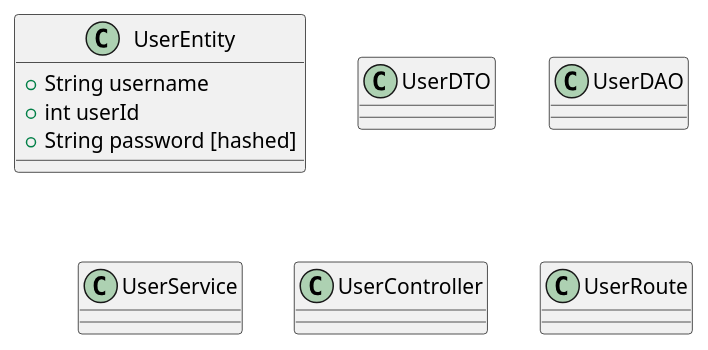
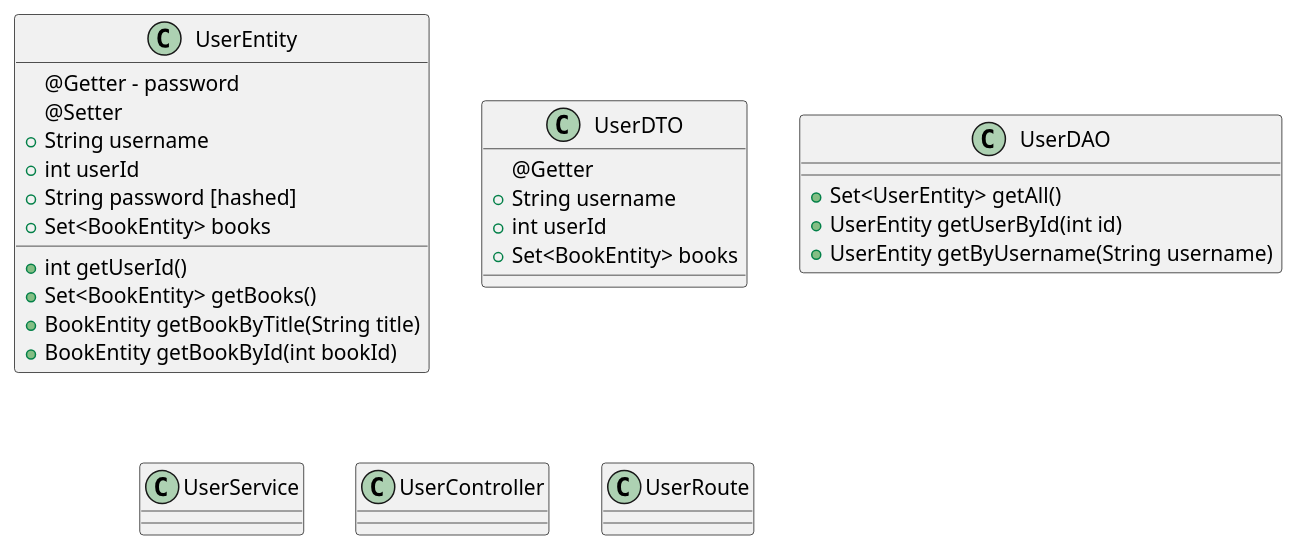
One commit to 73N37/BookAPI changed the diagram in src/main/java/T3N3T/Diagram/UserClass.puml. Above: the diagram before and after it, drawn with PlantUML.

Commit message:
Created UserDAO

```diff
--- a/src/main/java/T3N3T/Diagram/UserClass.puml
+++ b/src/main/java/T3N3T/Diagram/UserClass.puml
@@ -1,19 +1,39 @@
 @startuml
 'https://plantuml.com/sequence-diagram
 
 class UserEntity
 class UserDTO
 class UserDAO
 class UserService
 class UserController
 class UserRoute
 
 class UserEntity{
+@Getter - password
+@Setter
 + String username
 + int userId
 + String password [hashed]
++ Set<BookEntity> books
++ int getUserId()
++ Set<BookEntity> getBooks()
++ BookEntity getBookByTitle(String title)
++ BookEntity getBookById(int bookId)
+}
+
+class UserDTO{
+@Getter
++ String username
++ int userId
++ Set<BookEntity> books
+}
+
+class UserDAO{
++ Set<UserEntity> getAll()
++ UserEntity getUserById(int id)
++ UserEntity getByUsername(String username)
 
 }
 
 
 @enduml
```
